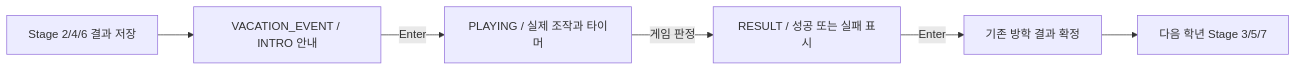
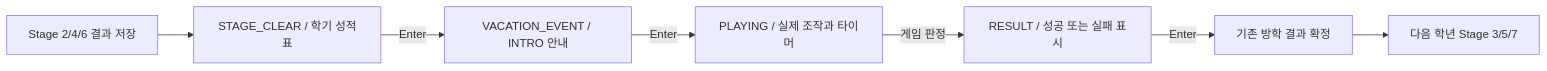
Before and after one commit to One2-3/campus_runner: the diagram in docs/VACATION_MINIGAMES.md, drawn with Mermaid. The commit also changed other lines of this file and 15 other files, not shown here.

````diff
--- a/docs/VACATION_MINIGAMES.md
+++ b/docs/VACATION_MINIGAMES.md
@@ -8,8 +12,9 @@
 ```mermaid
 flowchart LR
-    Flag[Stage 2/4/6 결과 저장] --> Intro[VACATION_EVENT / INTRO 안내]
+    Flag[Stage 2/4/6 결과 저장] --> Clear[STAGE_CLEAR / 학기 성적표]
+    Clear -- Enter --> Intro[VACATION_EVENT / INTRO 안내]
     Intro -- Enter --> Play[PLAYING / 실제 조작과 타이머]
     Play -- 게임 판정 --> Result[RESULT / 성공 또는 실패 표시]
     Result -- Enter --> Confirm[기존 방학 결과 확정]
     Confirm --> Next[다음 학년 Stage 3/5/7]
 ```
````
